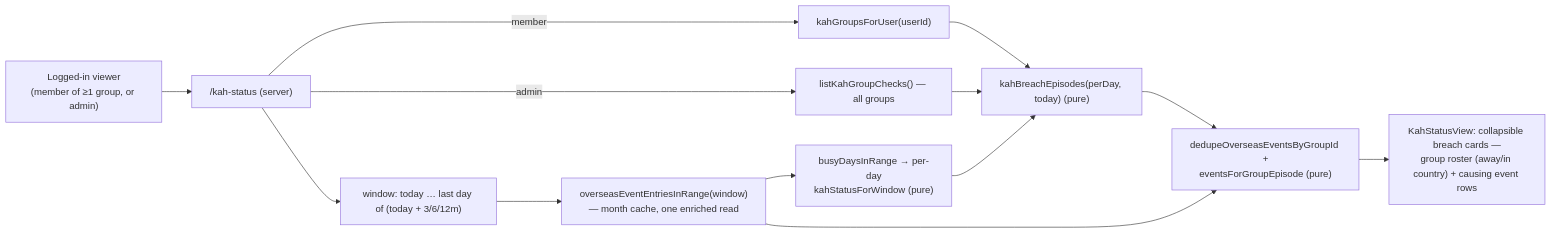
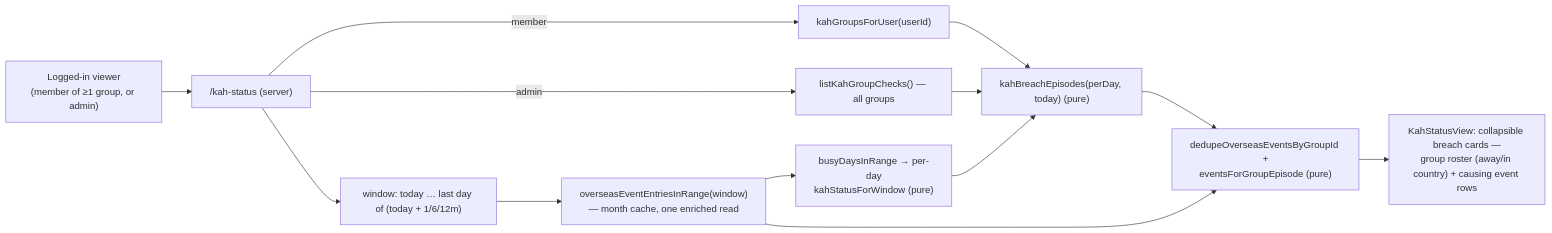
The fourth of 4 diagrams in docs/kah.md (oncloudnintynineone-source/cloudy2), drawn with Mermaid before and after one commit. The commit also changed other lines of this file and 42 other files, not shown here.

````diff
--- a/docs/kah.md
+++ b/docs/kah.md
@@ -217,15 +217,15 @@
 ```mermaid
 flowchart LR
  U["Logged-in viewer<br/>(member of ≥1 group, or admin)"] --> P["/kah-status (server)"]
  P -- "member" --> G["kahGroupsForUser(userId)"]
  P -- "admin" --> A["listKahGroupChecks() — all groups"]
- P --> W["window: today … last day of (today + 3/6/12m)"]
+ P --> W["window: today … last day of (today + 1/6/12m)"]
  W --> B["overseasEventEntriesInRange(window)<br/>— month cache, one enriched read"]
  B --> D["busyDaysInRange → per-day<br/>kahStatusForWindow (pure)"]
  G --> E["kahBreachEpisodes(perDay, today) (pure)"]
  A --> E
  D --> E
  B --> C["dedupeOverseasEventsByGroupId +<br/>eventsForGroupEpisode (pure)"]
  E --> C
  C --> V["KahStatusView: collapsible breach cards —<br/>group roster (away/in country) + causing event rows"]
 ```
````
